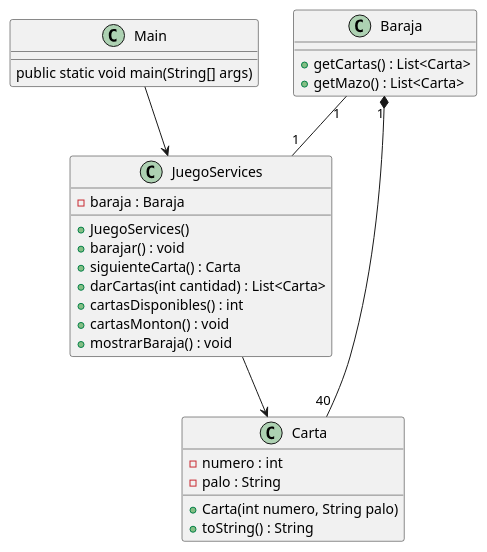
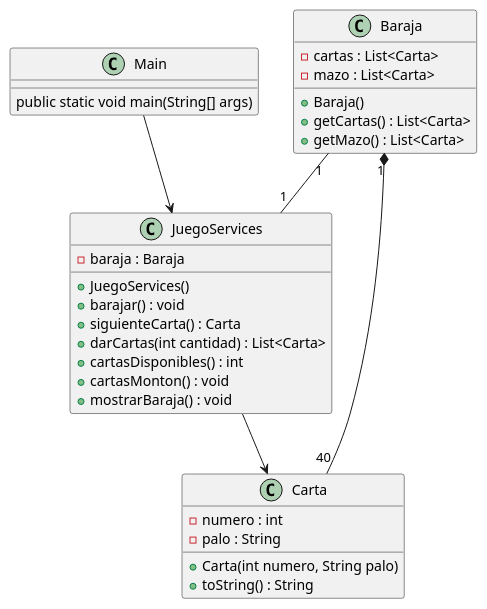
The diagram in src/Relaciones/Ejercicios/Ejercicio3/UML.puml (CristianEmanuelCamposFuentes/programacion-orientada-objetos), drawn with PlantUML before and after one commit.

Commit message:
Agregar atributos en clase Baraja (diagrama UML)

```diff
--- a/src/Relaciones/Ejercicios/Ejercicio3/UML.puml
+++ b/src/Relaciones/Ejercicios/Ejercicio3/UML.puml
@@ -1,36 +1,39 @@
 @startuml
 'https://plantuml.com/class-diagram
 
 class Baraja {
+    -cartas : List<Carta>
+    -mazo : List<Carta>
+    +Baraja()
     +getCartas() : List<Carta>
     +getMazo() : List<Carta>
 }
 
 class JuegoServices {
     -baraja : Baraja
     +JuegoServices()
     +barajar() : void
     +siguienteCarta() : Carta
     +darCartas(int cantidad) : List<Carta>
     +cartasDisponibles() : int
     +cartasMonton() : void
     +mostrarBaraja() : void
 }
 
 class Carta {
     -numero : int
     -palo : String
     +Carta(int numero, String palo)
     +toString() : String
 }
 
 class Main {
     public static void main(String[] args)
 }
 
 Baraja "1" -- "1" JuegoServices
 Baraja "1" *-- "40" Carta
 JuegoServices --> Carta
 Main --> JuegoServices
 
 @enduml
```
